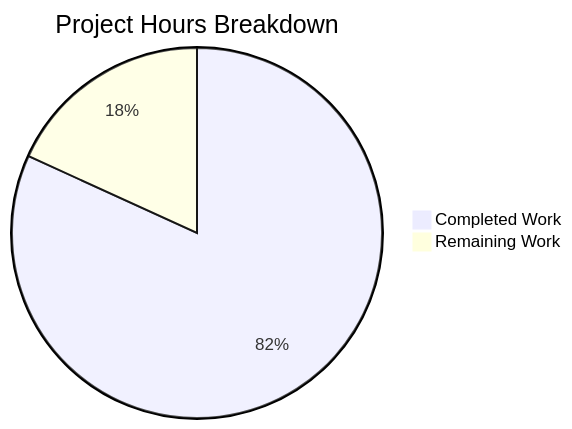
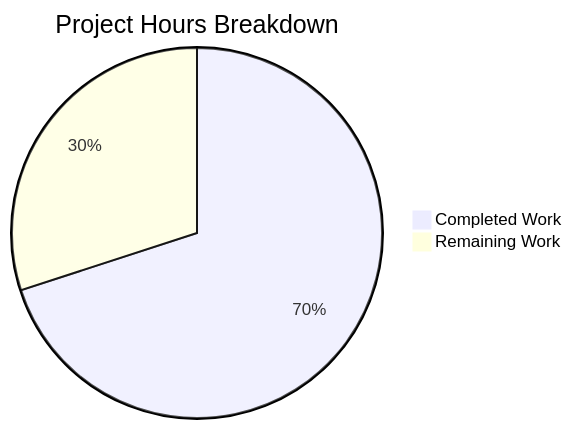
The first of 2 diagrams in blitzy/documentation/Project Guide.md (lakshya-blitzy/hello_world_lakshya_github), drawn with Mermaid before and after one commit. The commit also changed other lines of this file, not shown here.

Commit message:
Adding Blitzy Project Guide: Project Status and Human Tasks Remaining

````diff
--- a/blitzy/documentation/Project Guide.md
+++ b/blitzy/documentation/Project Guide.md
@@ -65,5 +62,5 @@
 ```mermaid
 pie title Project Hours Breakdown
-    "Completed Work" : 9
-    "Remaining Work" : 2
+    "Completed Work" : 7
+    "Remaining Work" : 3
 ```
````
